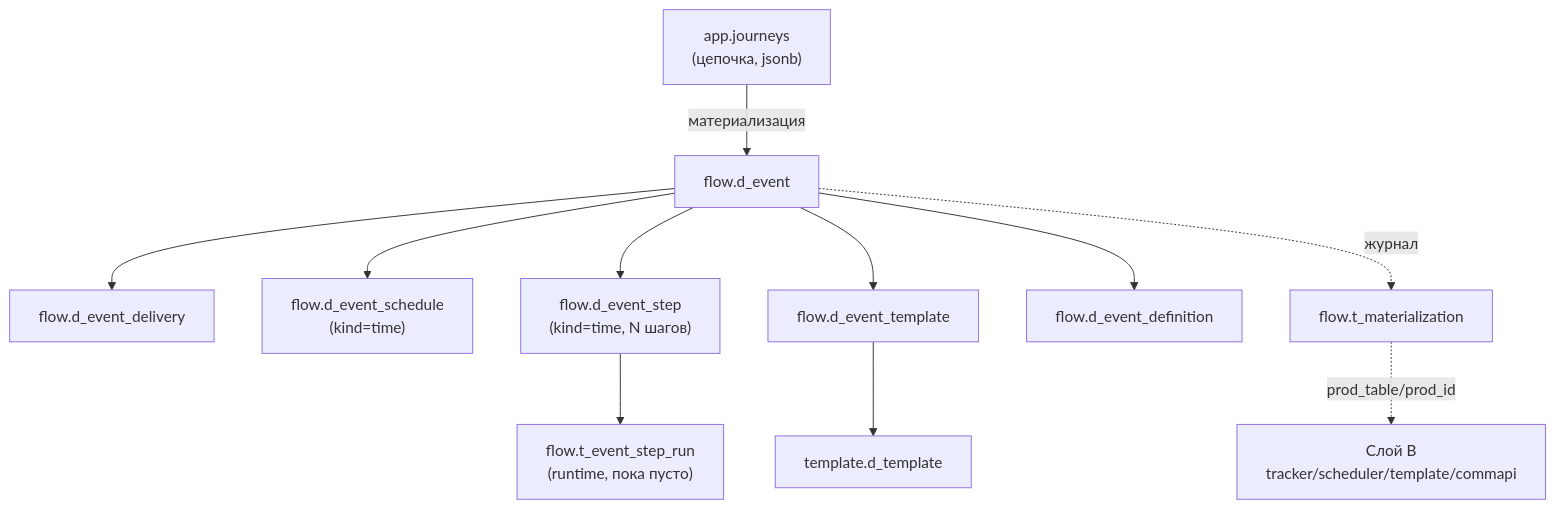
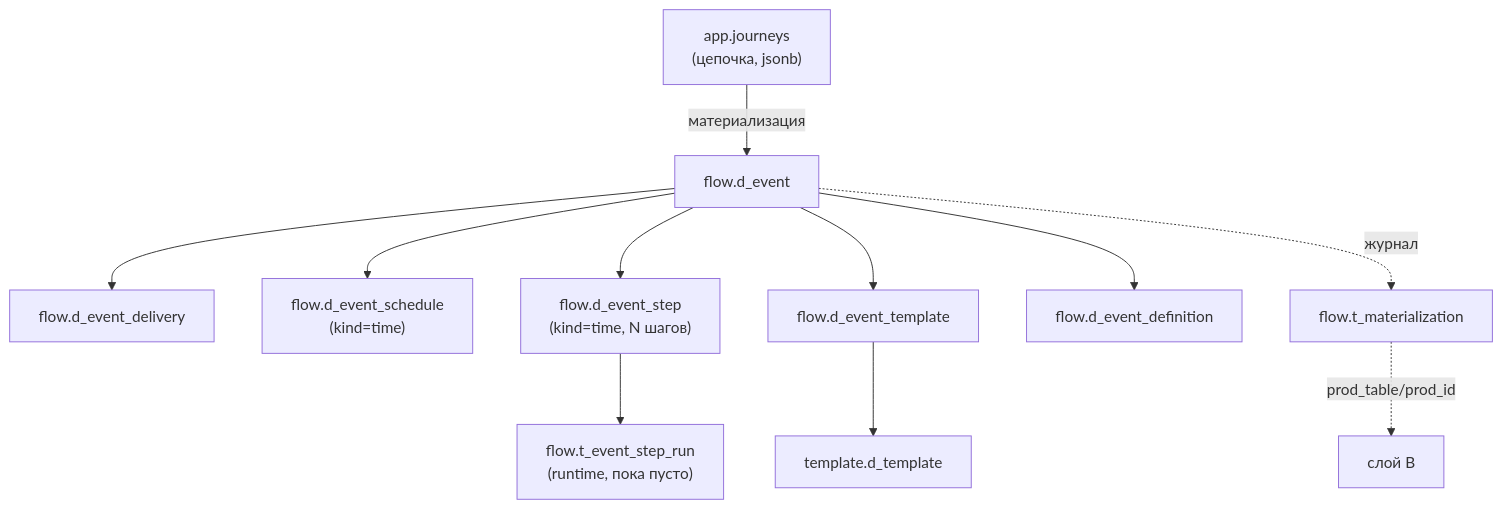
One commit to AlexRaisky/crm.banki.ru changed the diagram in crm-admin/docs/Database/Слой A (flow).md. Above: the diagram before and after it, drawn with Mermaid. The commit also changed other lines of this file and 27 other files, not shown here.

````diff
--- a/crm-admin/docs/Database/Слой A (flow).md
+++ b/crm-admin/docs/Database/Слой A (flow).md
@@ -11,13 +13,13 @@
 ```mermaid
 flowchart TD
     J["app.journeys<br/>(цепочка, jsonb)"] -->|материализация| E[flow.d_event]
     E --> DL[flow.d_event_delivery]
     E --> SC["flow.d_event_schedule<br/>(kind=time)"]
     E --> ST["flow.d_event_step<br/>(kind=time, N шагов)"]
     ST --> RUN["flow.t_event_step_run<br/>(runtime, пока пусто)"]
     E --> ET[flow.d_event_template]
-    ET --> DT[template.d_template]
+    ET --> DT["template.d_template"]
     E --> DEF[flow.d_event_definition]
     E -.журнал.-> M[flow.t_materialization]
-    M -.prod_table/prod_id.-> B["Слой B<br/>tracker/scheduler/template/commapi"]
+    M -.prod_table/prod_id.-> B["слой B"]
 ```
````
